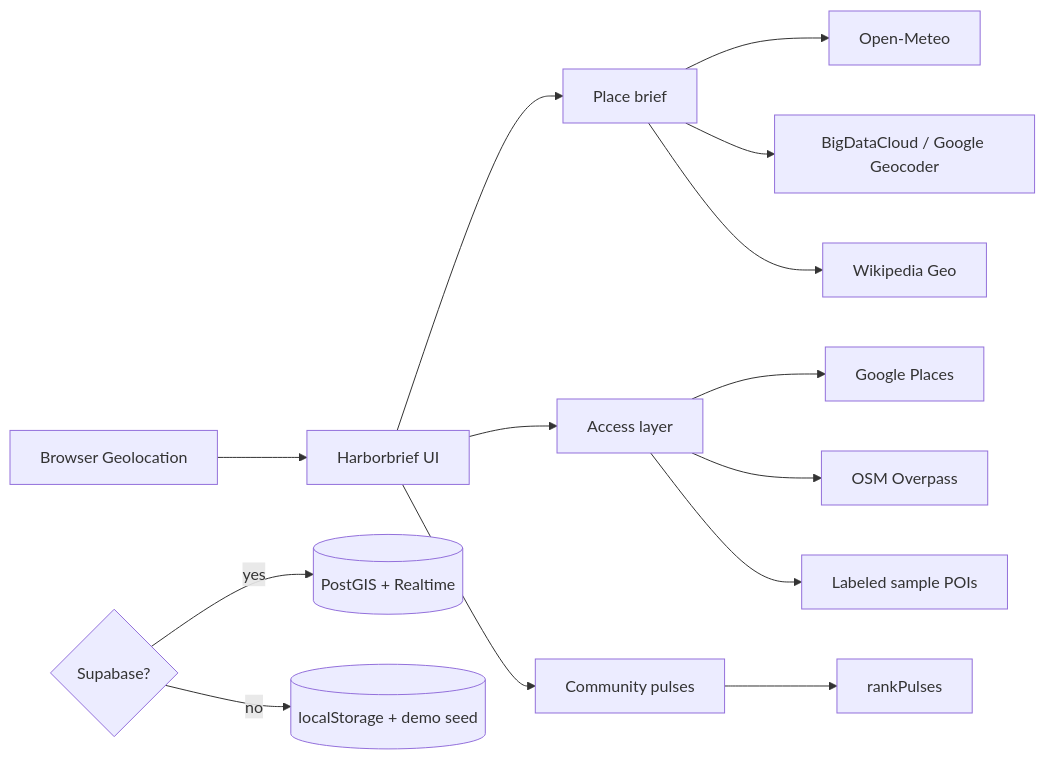
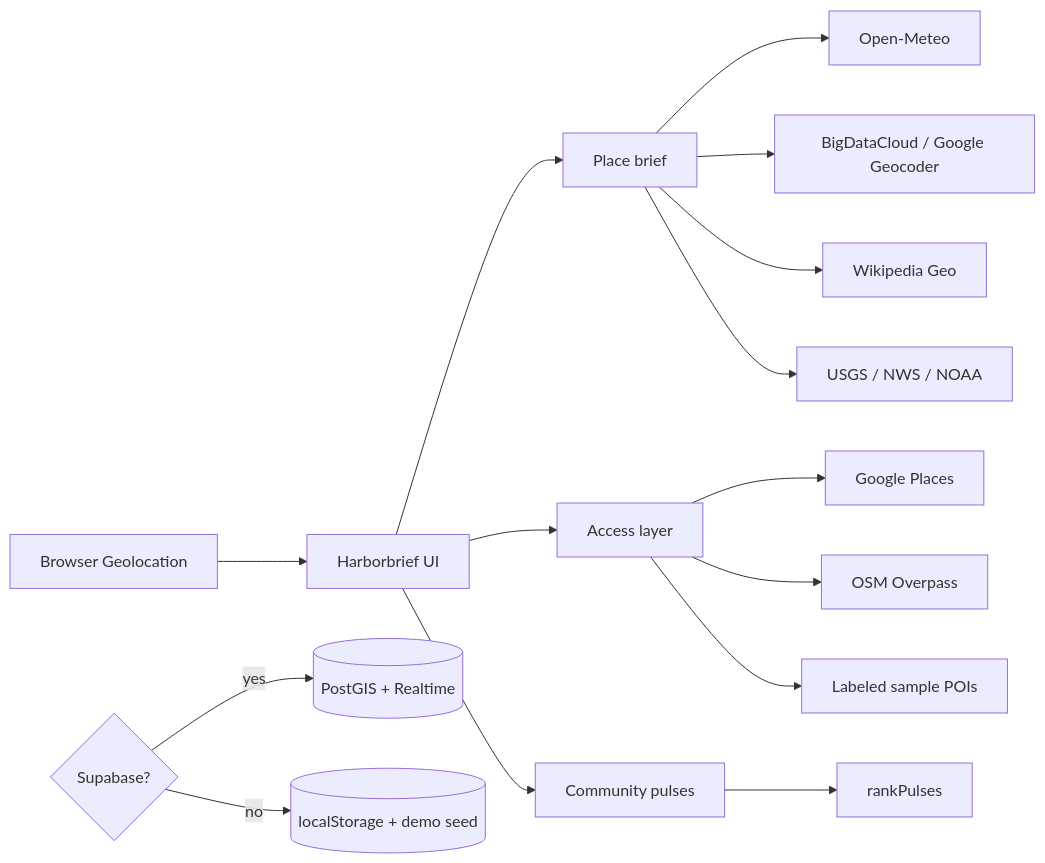
Before and after one commit to dipak5501/localpulse: the diagram in README.md, drawn with Mermaid. The commit also changed other lines of this file and 11 other files, not shown here.

First line of the commit message:
Add coastal & seismic brief from USGS, NWS, and NOAA tides.

````diff
--- a/README.md
+++ b/README.md
@@ -74,17 +81,18 @@
 ```mermaid
 flowchart LR
   GPS[Browser Geolocation] --> App[Harborbrief UI]
   App --> Brief[Place brief]
   Brief --> Weather[Open-Meteo]
   Brief --> Geo[BigDataCloud / Google Geocoder]
   Brief --> Wiki[Wikipedia Geo]
+  Brief --> Hazards[USGS / NWS / NOAA]
   App --> Access[Access layer]
   Access --> Places[Google Places]
   Access --> OSM[OSM Overpass]
   Access --> Demo[Labeled sample POIs]
   App --> Pulses[Community pulses]
   Pulses --> Rank[rankPulses]
   Env{Supabase?}
   Env -->|yes| SB[(PostGIS + Realtime)]
   Env -->|no| Local[(localStorage + demo seed)]
 ```
````
